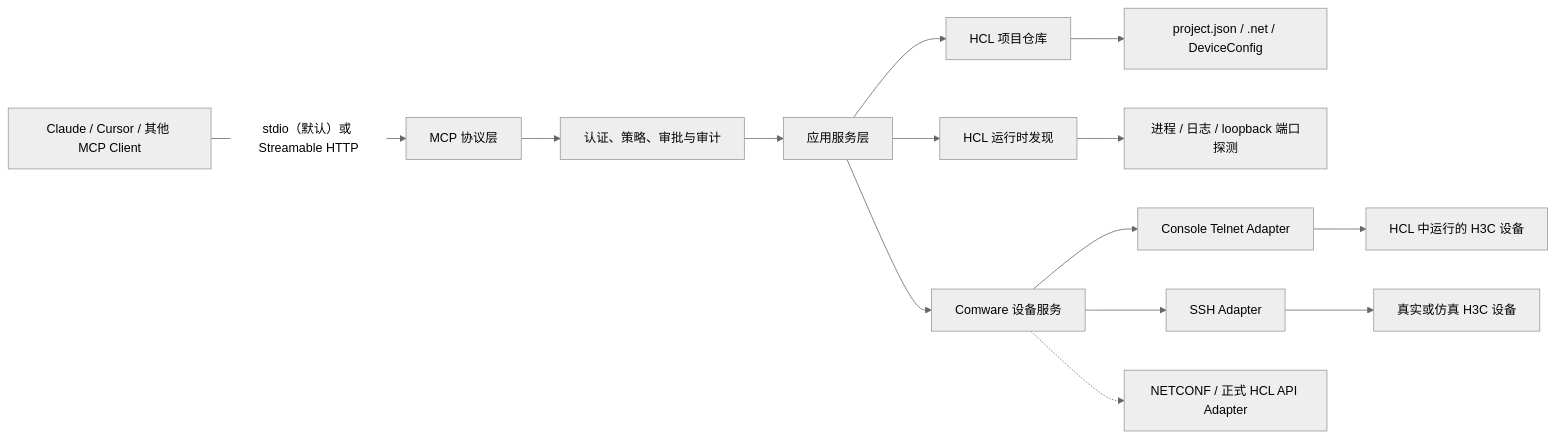
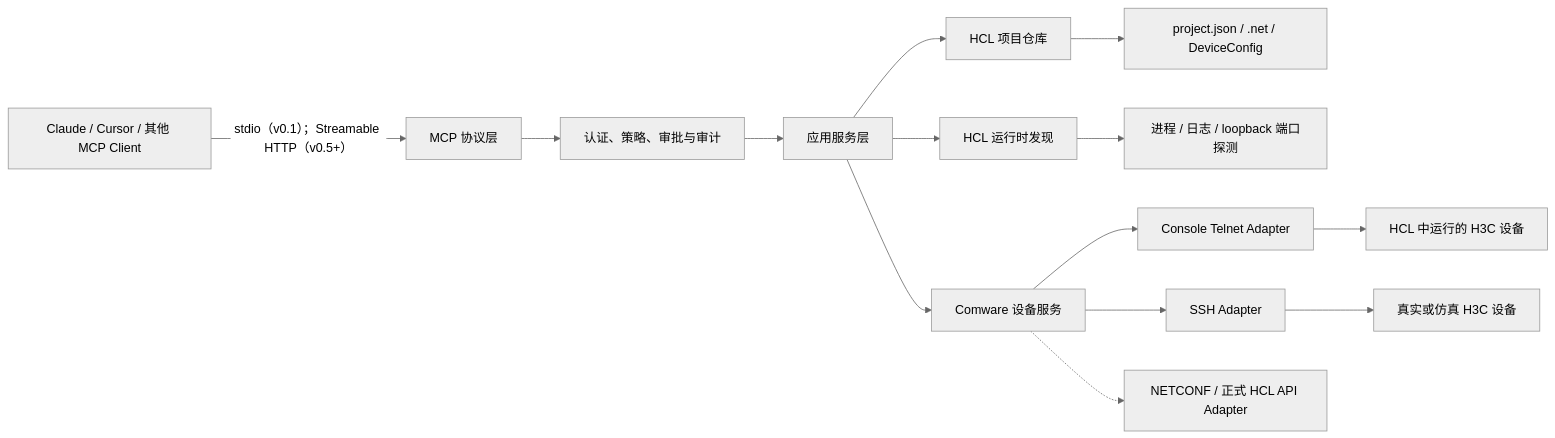
The first of 3 diagrams in docs/design.md (FlySun1116/HCL-Lab_mcp), drawn with Mermaid (neutral theme) before and after one commit. The commit also changed other lines of this file and 51 other files, not shown here.

````diff
--- a/docs/design.md
+++ b/docs/design.md
@@ -90,16 +90,16 @@
 ```mermaid
 flowchart LR
-    C["Claude / Cursor / 其他 MCP Client"] -->|"stdio（默认）或 Streamable HTTP"| M["MCP 协议层"]
+    C["Claude / Cursor / 其他 MCP Client"] -->|"stdio（v0.1）；Streamable HTTP（v0.5+）"| M["MCP 协议层"]
     M --> G["认证、策略、审批与审计"]
     G --> S["应用服务层"]
     S --> P["HCL 项目仓库"]
     S --> R["HCL 运行时发现"]
     S --> D["Comware 设备服务"]
     P --> F["project.json / .net / DeviceConfig"]
     R --> L["进程 / 日志 / loopback 端口探测"]
     D --> A["Console Telnet Adapter"]
     D --> B["SSH Adapter"]
     D -.-> N["NETCONF / 正式 HCL API Adapter"]
     A --> H["HCL 中运行的 H3C 设备"]
     B --> E["真实或仿真 H3C 设备"]
 ```
````
